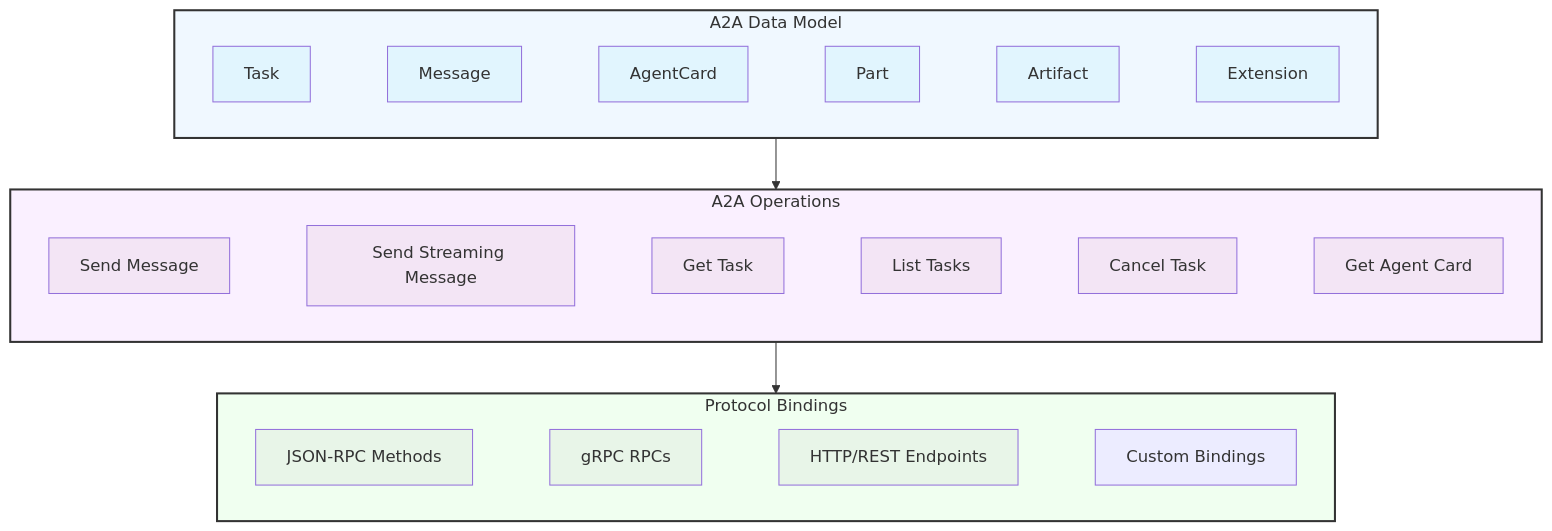
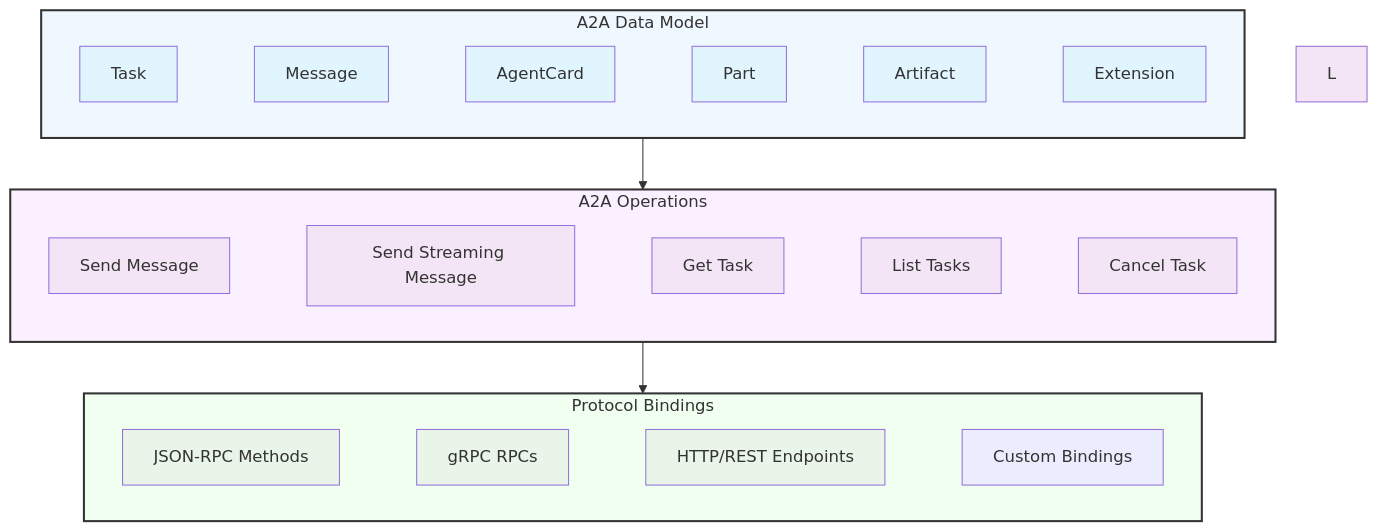
Before and after one commit to a2aproject/A2A: the diagram in docs/specification.md, drawn with Mermaid. The commit also changed other lines of this file and 2 other files, not shown here.

First line of the commit message:
fix: remove GetAgentCard protocol method; document root endpoint in discovery

````diff
--- a/docs/specification.md
+++ b/docs/specification.md
@@ -47,44 +47,44 @@
 ```mermaid
 graph TB
     subgraph L1 ["A2A Data Model"]
         direction LR
         A[Task] ~~~ B[Message] ~~~ C[AgentCard] ~~~ D[Part] ~~~ E[Artifact] ~~~ F[Extension]
     end
 
     subgraph L2 ["A2A Operations"]
         direction LR
-        G[Send Message] ~~~ H[Send Streaming Message] ~~~ I[Get Task] ~~~ J[List Tasks] ~~~ K[Cancel Task] ~~~ L[Get Agent Card]
+        G[Send Message] ~~~ H[Send Streaming Message] ~~~ I[Get Task] ~~~ J[List Tasks] ~~~ K[Cancel Task]
     end
 
     subgraph L3 ["Protocol Bindings"]
         direction LR
         M[JSON-RPC Methods] ~~~ N[gRPC RPCs] ~~~ O[HTTP/REST Endpoints] ~~~ P[Custom Bindings]
     end
 
     %% Dependencies between layers
     L1 --> L2
     L2 --> L3
 
 
     style A fill:#e1f5fe
     style B fill:#e1f5fe
     style C fill:#e1f5fe
     style D fill:#e1f5fe
     style E fill:#e1f5fe
     style F fill:#e1f5fe
 
     style G fill:#f3e5f5
     style H fill:#f3e5f5
     style I fill:#f3e5f5
     style J fill:#f3e5f5
     style K fill:#f3e5f5
     style L fill:#f3e5f5
 
     style M fill:#e8f5e8
     style N fill:#e8f5e8
     style O fill:#e8f5e8
 
     style L1 fill:#f0f8ff,stroke:#333,stroke-width:2px
     style L2 fill:#faf0ff,stroke:#333,stroke-width:2px
     style L3 fill:#f0fff0,stroke:#333,stroke-width:2px
 ```
````
